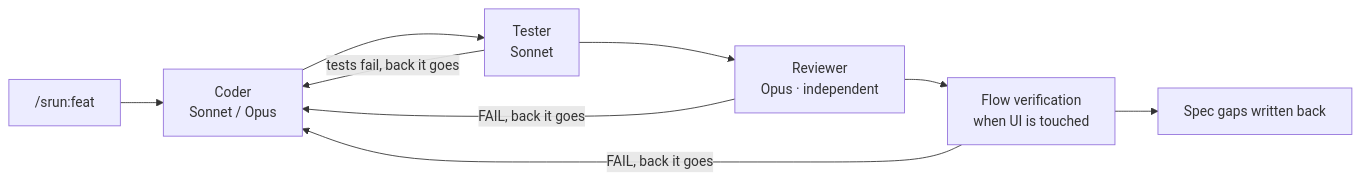
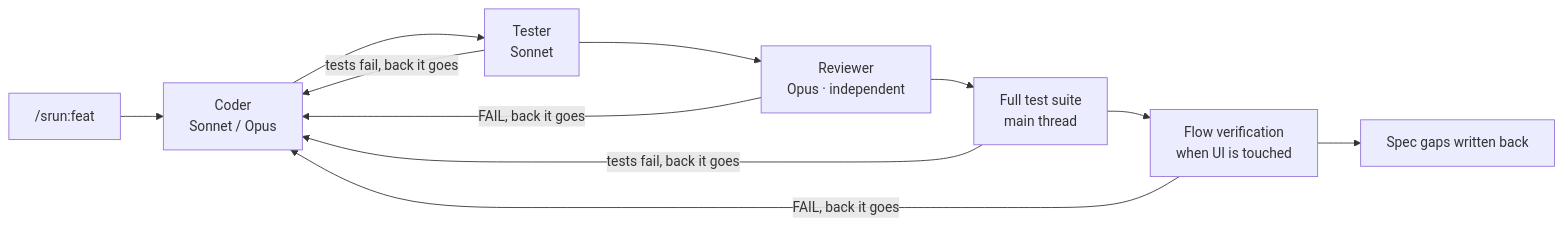
Before and after one commit to jay123578951/specrun: the second of 2 diagrams in README.md, drawn with Mermaid. The commit also changed other lines of this file and 7 other files, not shown here.

````diff
--- a/README.md
+++ b/README.md
@@ -33,11 +33,13 @@
 ```mermaid
 flowchart LR
     A["/srun:feat"] --> Coder
     Coder["Coder<br/>Sonnet / Opus"] --> Tester["Tester<br/>Sonnet"]
     Tester -- "tests fail, back it goes" --> Coder
     Tester --> Reviewer["Reviewer<br/>Opus · independent"]
     Reviewer -- "FAIL, back it goes" --> Coder
-    Reviewer --> Verify["Flow verification<br/>when UI is touched"]
+    Reviewer --> Full["Full test suite<br/>main thread"]
+    Full -- "tests fail, back it goes" --> Coder
+    Full --> Verify["Flow verification<br/>when UI is touched"]
     Verify -- "FAIL, back it goes" --> Coder
     Verify --> Gap["Spec gaps written back"]
 ```
````
